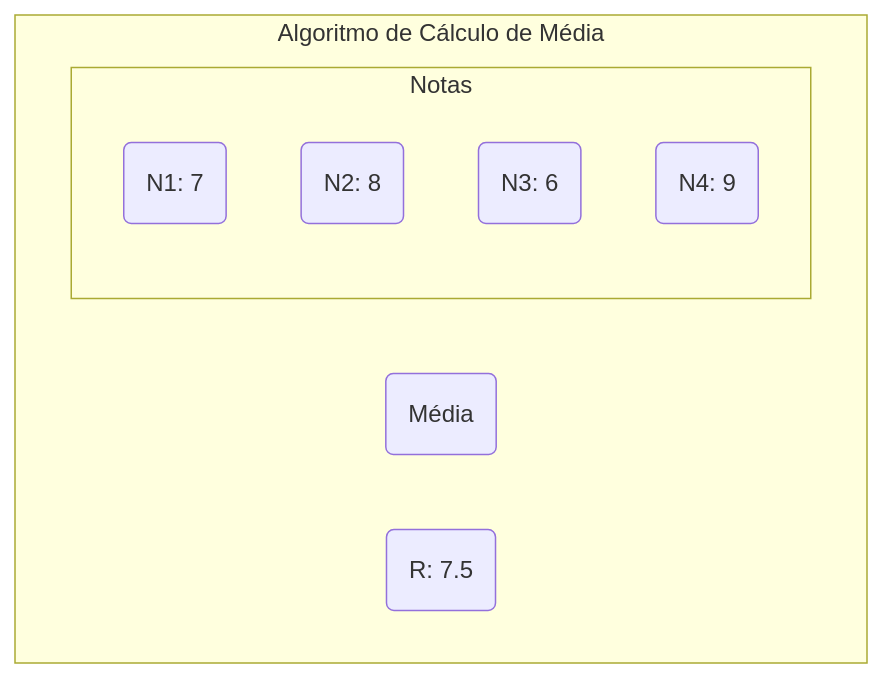
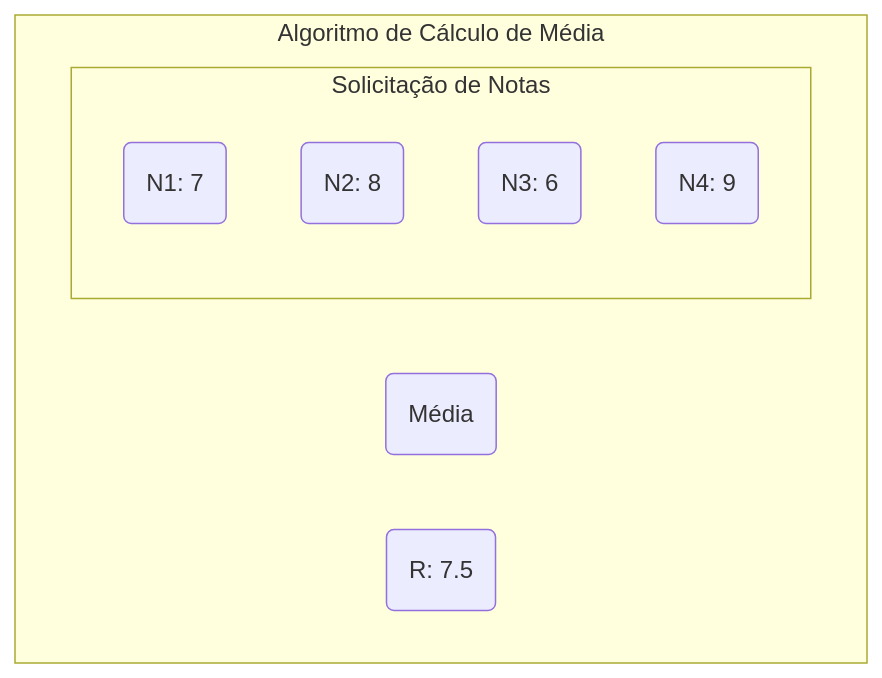
One commit to Daniel-Gehlen/algorithm-chapin changed the diagram in README.md. Above: the diagram before and after it, drawn with Mermaid.

````diff
--- a/README.md
+++ b/README.md
@@ -1,14 +1,15 @@
 ```mermaid
 graph TD;
     subgraph Algoritmo de Cálculo de Média
-        subgraph Notas
-            Nota1(N1: 7) & Nota2(N2: 8) & Nota3(N3: 6) & Nota4(N4: 9);
+        subgraph Solicitação de Notas
+            EntradaNota1(N1: 7) & EntradaNota2(N2: 8) & EntradaNota3(N3: 6) & EntradaNota4(N4: 9);
         end
-        Média(Média);
-        Resultado(R: 7.5);
+        CalculoMédia(Média);
+        ExibiçãoResultado(R: 7.5);
     end
 
 
 
 
+
 ```
````
